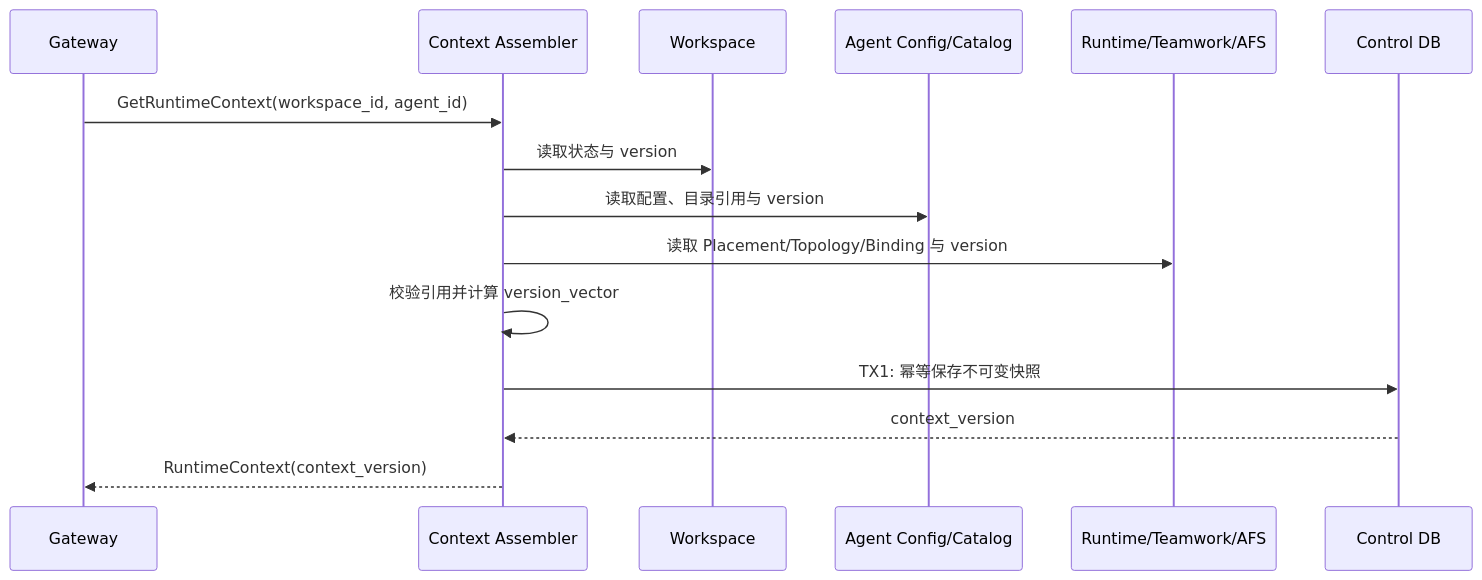
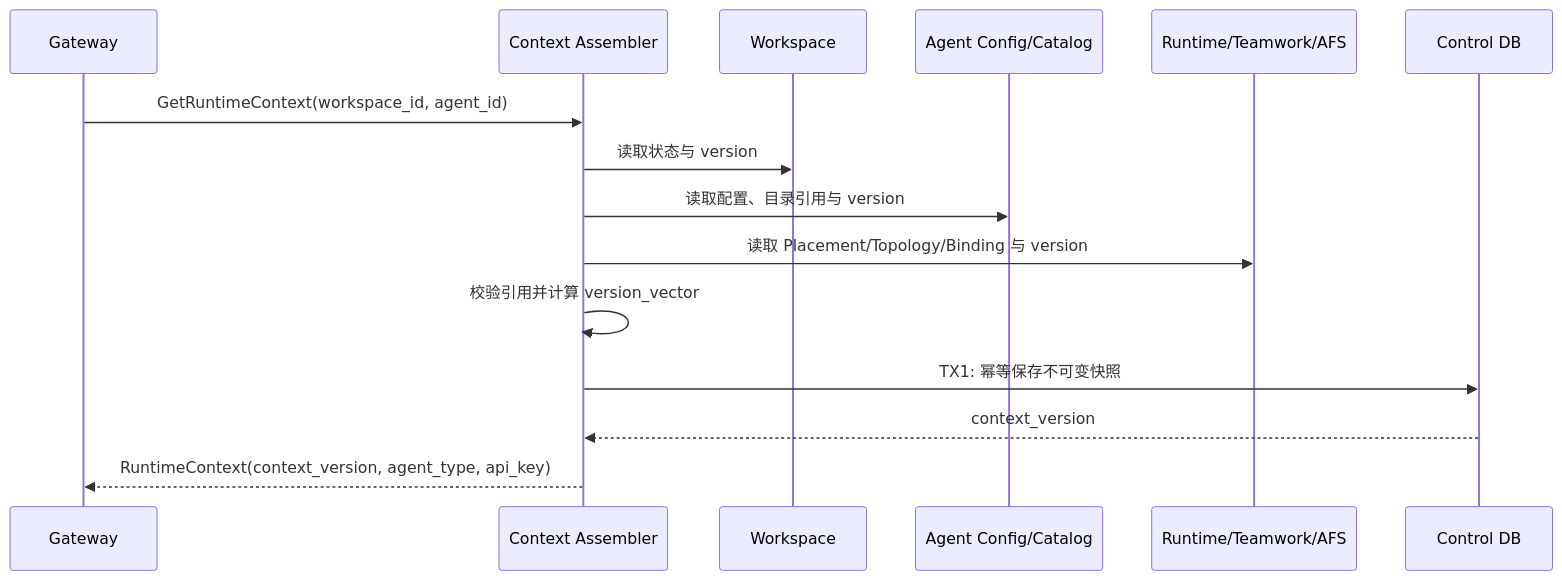
One commit to hotttao/media_agent changed the diagram in docs/ddd/media_control/workflow/0002-runtime_context_assembly/runtime_context_assembly.md. Above: the diagram before and after it, drawn with Mermaid. The commit also changed other lines of this file and 44 other files, not shown here.

Commit message:
feat(agent): support Claude Code workspace runtime

````diff
--- a/docs/ddd/media_control/workflow/0002-runtime_context_assembly/runtime_context_assembly.md
+++ b/docs/ddd/media_control/workflow/0002-runtime_context_assembly/runtime_context_assembly.md
@@ -20,17 +20,17 @@
 ```mermaid
 sequenceDiagram
     participant G as Gateway
     participant C as Context Assembler
     participant W as Workspace
     participant A as Agent Config/Catalog
     participant R as Runtime/Teamwork/AFS
     participant DB as Control DB
     G->>C: GetRuntimeContext(workspace_id, agent_id)
     C->>W: 读取状态与 version
     C->>A: 读取配置、目录引用与 version
     C->>R: 读取 Placement/Topology/Binding 与 version
     C->>C: 校验引用并计算 version_vector
     C->>DB: TX1: 幂等保存不可变快照
     DB-->>C: context_version
-    C-->>G: RuntimeContext(context_version)
+    C-->>G: RuntimeContext(context_version, agent_type, api_key)
 ```
````
